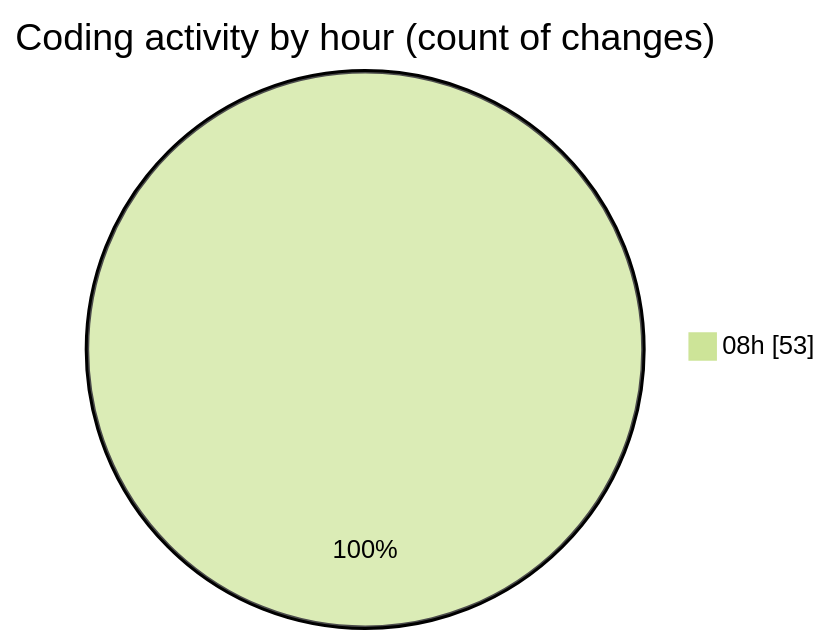
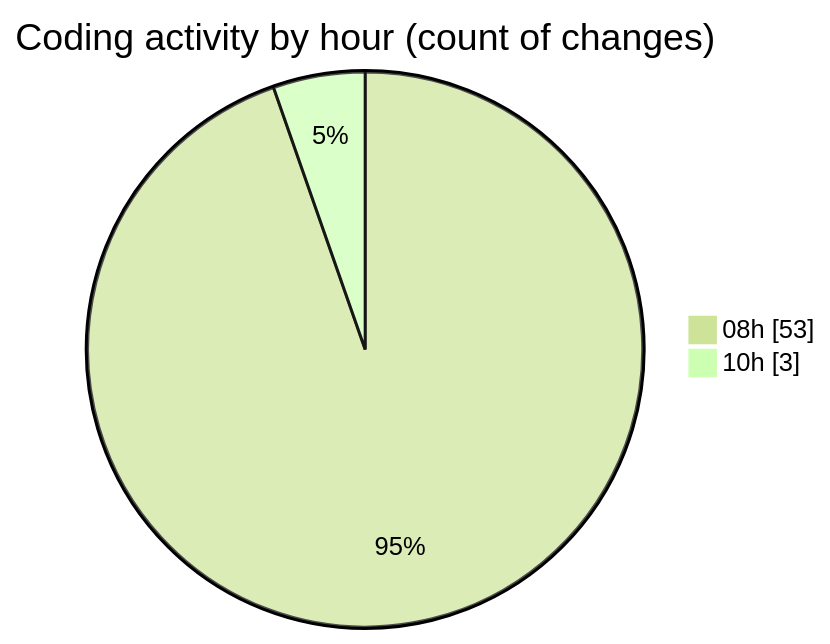
The second of 2 diagrams in 2025-04-29/c-masm/README.md (charlie-sans/code-tracking), drawn with Mermaid (forest theme) before and after one commit. The commit also changed other lines of this file and 1 other file, not shown here.

````diff
--- a/2025-04-29/c-masm/README.md
+++ b/2025-04-29/c-masm/README.md
@@ -47,5 +50,6 @@
 ```mermaid
 pie showData
 title Coding activity by hour (count of changes)
 "08h" : 53
+"10h" : 3
 ```
````
